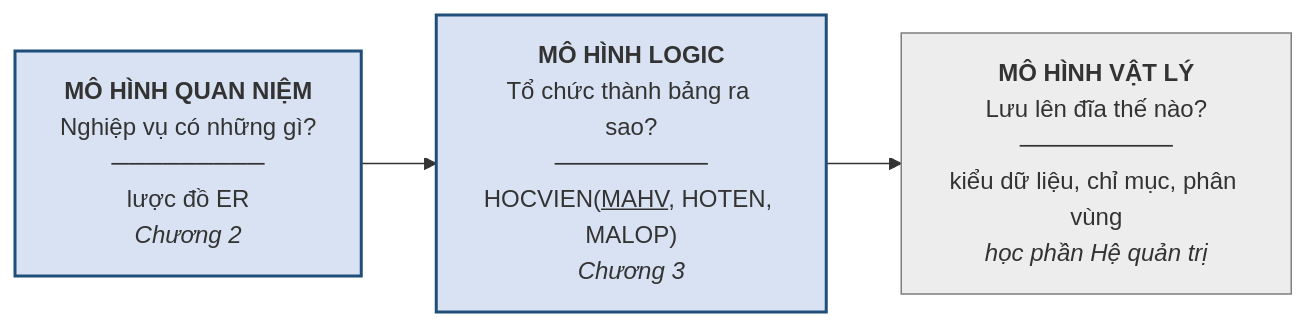
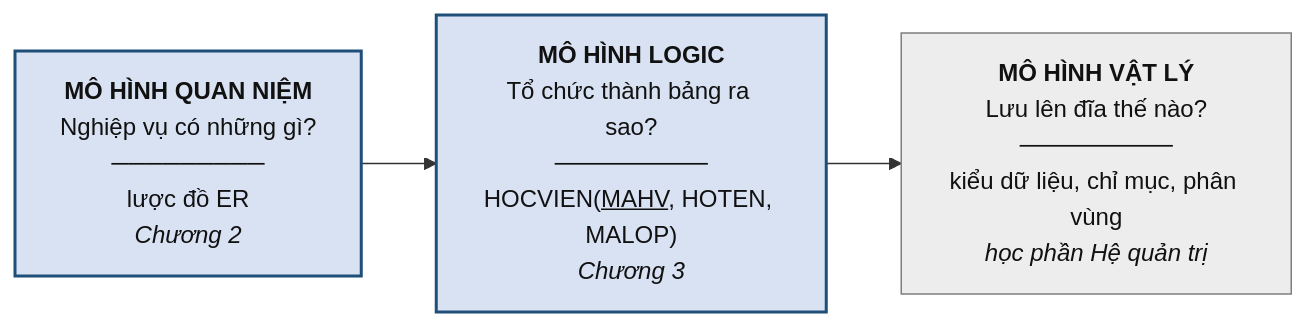
The third of 4 diagrams in docs/chuong-1/1-4-mo-hinh-du-lieu-luoc-do-va-the-hien.md (CuongNguyenDAU/csdl-dbs201), drawn with Mermaid before and after one commit. The commit also changed other lines of this file and 123 other files, not shown here.

Commit message:
Cập nhật bài giảng v7: sơ đồ ER ký pháp Chen, hình minh họa tự vẽ, mở rộng toàn diện Chương 5 và bổ sung lời giải A4, B5

````diff
--- a/docs/chuong-1/1-4-mo-hinh-du-lieu-luoc-do-va-the-hien.md
+++ b/docs/chuong-1/1-4-mo-hinh-du-lieu-luoc-do-va-the-hien.md
@@ -200,7 +196,7 @@
 ```mermaid
 flowchart LR
     Q["<b>MÔ HÌNH QUAN NIỆM</b><br/>Nghiệp vụ có những gì?<br/>─────────<br/>lược đồ ER<br/><i>Chương 2</i>"] --> L["<b>MÔ HÌNH LOGIC</b><br/>Tổ chức thành bảng ra sao?<br/>─────────<br/>HOCVIEN(<u>MAHV</u>, HOTEN, MALOP)<br/><i>Chương 3</i>"] --> V["<b>MÔ HÌNH VẬT LÝ</b><br/>Lưu lên đĩa thế nào?<br/>─────────<br/>kiểu dữ liệu, chỉ mục, phân vùng<br/><i>học phần Hệ quản trị</i>"]
-    style Q fill:#D9E2F3,stroke:#1F4E79,stroke-width:2px
-    style L fill:#D9E2F3,stroke:#1F4E79,stroke-width:2px
-    style V fill:#EDEDED,stroke:#7F7F7F
+    style Q fill:#D9E2F3,stroke:#1F4E79,stroke-width:2px,color:#111111
+    style L fill:#D9E2F3,stroke:#1F4E79,stroke-width:2px,color:#111111
+    style V fill:#EDEDED,stroke:#7F7F7F,color:#111111
 ```
````
